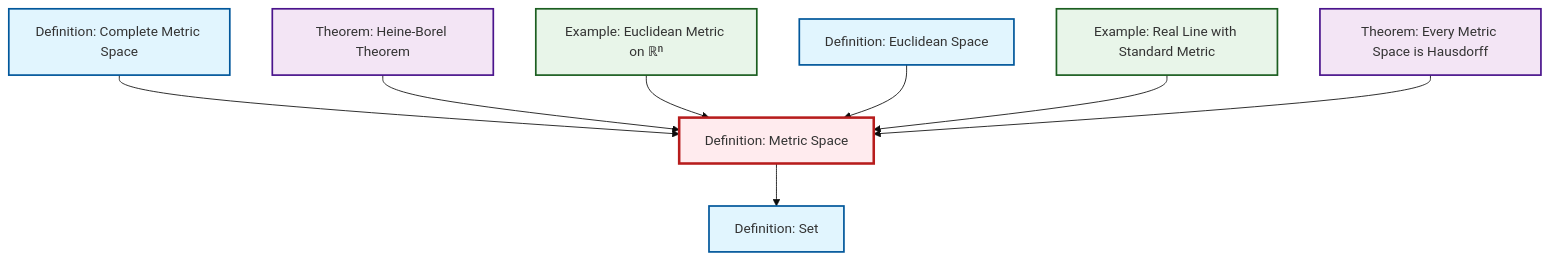
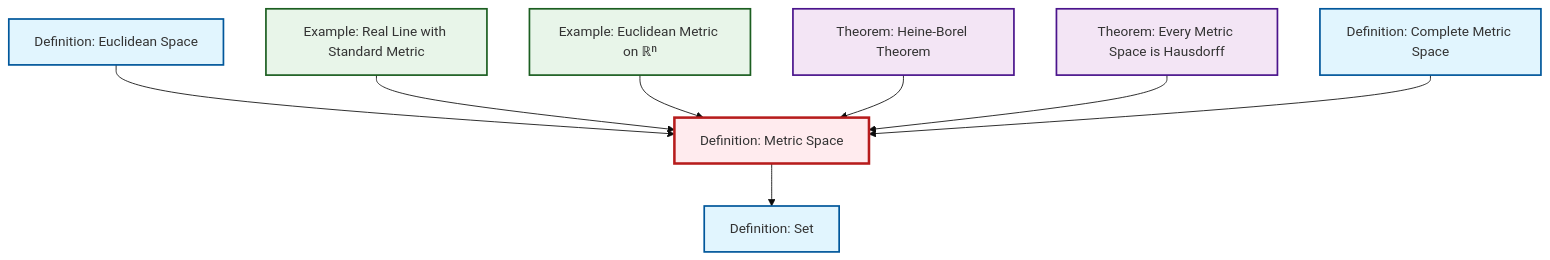
Before and after one commit to RK0429/ModernMath: the diagram in content/en/analysis/def-metric-space.qmd, drawn with Mermaid (base theme). The commit also changed other lines of this file and 417 other files, not shown here.

````diff
--- a/content/en/analysis/def-metric-space.qmd
+++ b/content/en/analysis/def-metric-space.qmd
@@ -50,32 +50,32 @@
 ```{mermaid}
 %%| fig-cap: "Local dependency graph"
 graph TD
     classDef definition fill:#e1f5fe,stroke:#01579b,stroke-width:2px
     classDef theorem fill:#f3e5f5,stroke:#4a148c,stroke-width:2px
     classDef axiom fill:#fff3e0,stroke:#e65100,stroke-width:2px
     classDef example fill:#e8f5e9,stroke:#1b5e20,stroke-width:2px
     classDef current fill:#ffebee,stroke:#b71c1c,stroke-width:3px
-    ex-real-line-metric["Example: Real Line with Standard Metric"]:::example
+    def-euclidean-space["Definition: Euclidean Space"]:::definition
+    ex-euclidean-metric["Example: Euclidean Metric on ℝⁿ"]:::example
+    thm-metric-hausdorff["Theorem: Every Metric Space is Hausdorff"]:::theorem
+    def-complete-metric-space["Definition: Complete Metric Space"]:::definition
     def-metric-space["Definition: Metric Space"]:::definition
     def-set["Definition: Set"]:::definition
-    thm-metric-hausdorff["Theorem: Every Metric Space is Hausdorff"]:::theorem
-    def-euclidean-space["Definition: Euclidean Space"]:::definition
-    ex-euclidean-metric["Example: Euclidean Metric on ℝⁿ"]:::example
-    def-complete-metric-space["Definition: Complete Metric Space"]:::definition
+    ex-real-line-metric["Example: Real Line with Standard Metric"]:::example
     thm-heine-borel["Theorem: Heine-Borel Theorem"]:::theorem
-    def-complete-metric-space --> def-metric-space
     def-metric-space --> def-set
-    thm-heine-borel --> def-metric-space
-    ex-euclidean-metric --> def-metric-space
     def-euclidean-space --> def-metric-space
     ex-real-line-metric --> def-metric-space
+    ex-euclidean-metric --> def-metric-space
+    thm-heine-borel --> def-metric-space
     thm-metric-hausdorff --> def-metric-space
+    def-complete-metric-space --> def-metric-space
     class def-metric-space current
-    click ex-real-line-metric "ex-real-line-metric.html" "Go to Real Line with Standard Metric example"
-    click def-set "def-set.html" "Go to Set definition"
-    click thm-metric-hausdorff "thm-metric-hausdorff.html" "Go to Every Metric Space is Hausdorff theorem"
     click def-euclidean-space "def-euclidean-space.html" "Go to Euclidean Space definition"
     click ex-euclidean-metric "ex-euclidean-metric.html" "Go to Euclidean Metric on ℝⁿ example"
+    click thm-metric-hausdorff "thm-metric-hausdorff.html" "Go to Every Metric Space is Hausdorff theorem"
     click def-complete-metric-space "def-complete-metric-space.html" "Go to Complete Metric Space definition"
+    click def-set "def-set.html" "Go to Set definition"
+    click ex-real-line-metric "ex-real-line-metric.html" "Go to Real Line with Standard Metric example"
     click thm-heine-borel "thm-heine-borel.html" "Go to Heine-Borel Theorem theorem"
 ```
````
